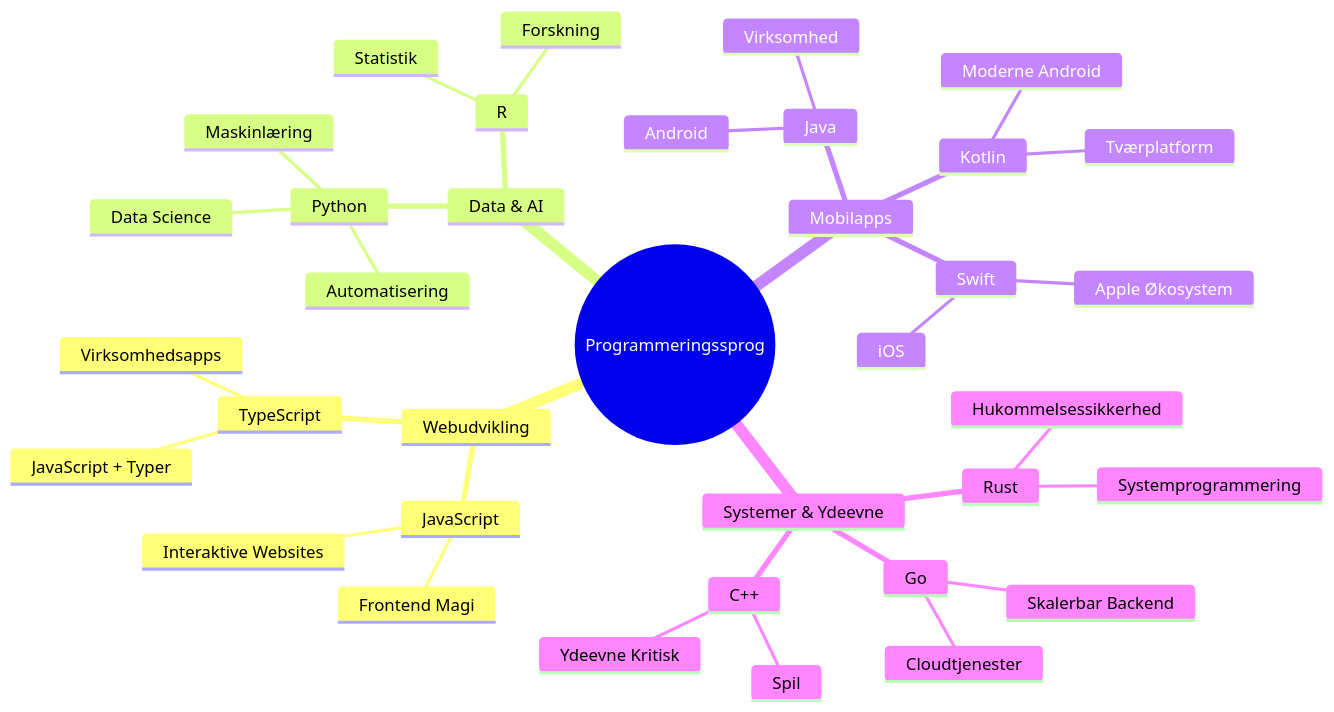
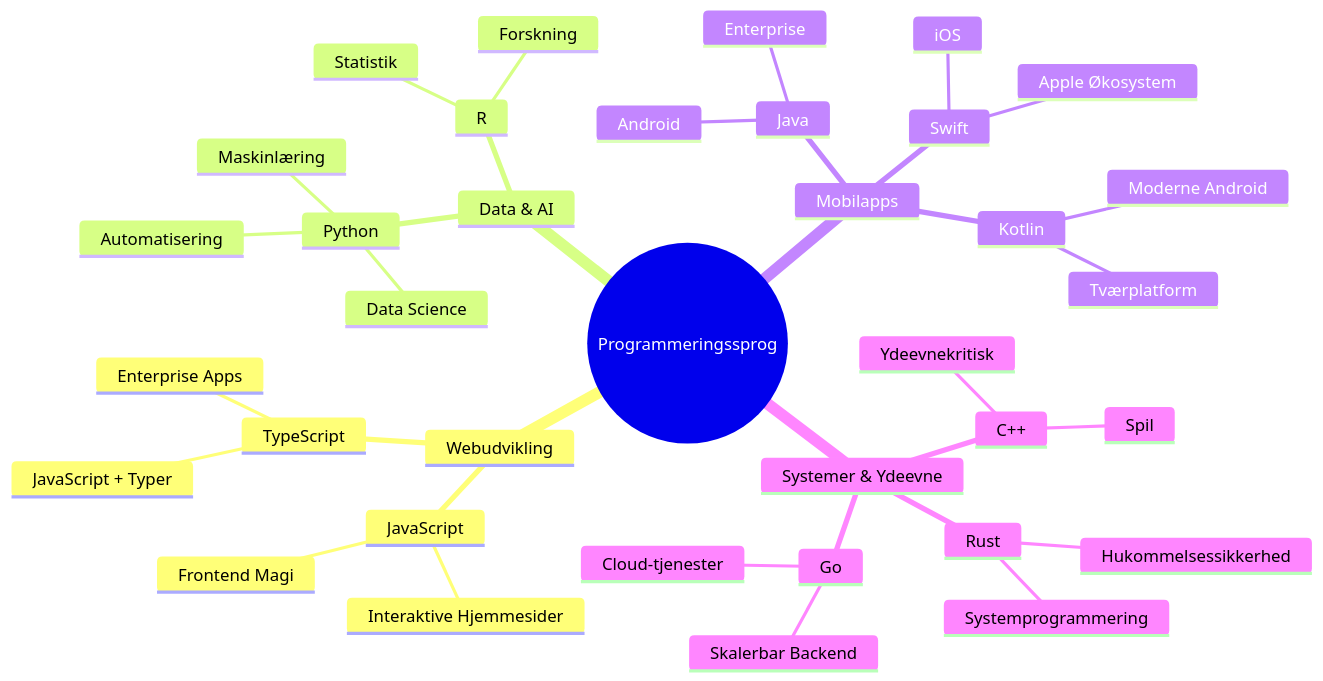
The second of 7 diagrams in translations/da/1-getting-started-lessons/1-intro-to-programming-languages/README.md (microsoft/Web-Dev-For-Beginners), drawn with Mermaid before and after one commit. The commit also changed other lines of this file and 11 other files, not shown here.

````diff
--- a/translations/da/1-getting-started-lessons/1-intro-to-programming-languages/README.md
+++ b/translations/da/1-getting-started-lessons/1-intro-to-programming-languages/README.md
@@ -85,39 +85,39 @@
 ```mermaid
 mindmap
   root((Programmeringssprog))
     Webudvikling
       JavaScript
         Frontend Magi
-        Interaktive Websites
+        Interaktive Hjemmesider
       TypeScript
         JavaScript + Typer
-        Virksomhedsapps
+        Enterprise Apps
     Data & AI
       Python
         Data Science
         Maskinlæring
         Automatisering
       R
         Statistik
         Forskning
     Mobilapps
       Java
         Android
-        Virksomhed
+        Enterprise
       Swift
         iOS
         Apple Økosystem
       Kotlin
         Moderne Android
         Tværplatform
     Systemer & Ydeevne
       C++
         Spil
-        Ydeevne Kritisk
+        Ydeevnekritisk
       Rust
         Hukommelsessikkerhed
         Systemprogrammering
       Go
-        Cloudtjenester
+        Cloud-tjenester
         Skalerbar Backend
 ```
````
